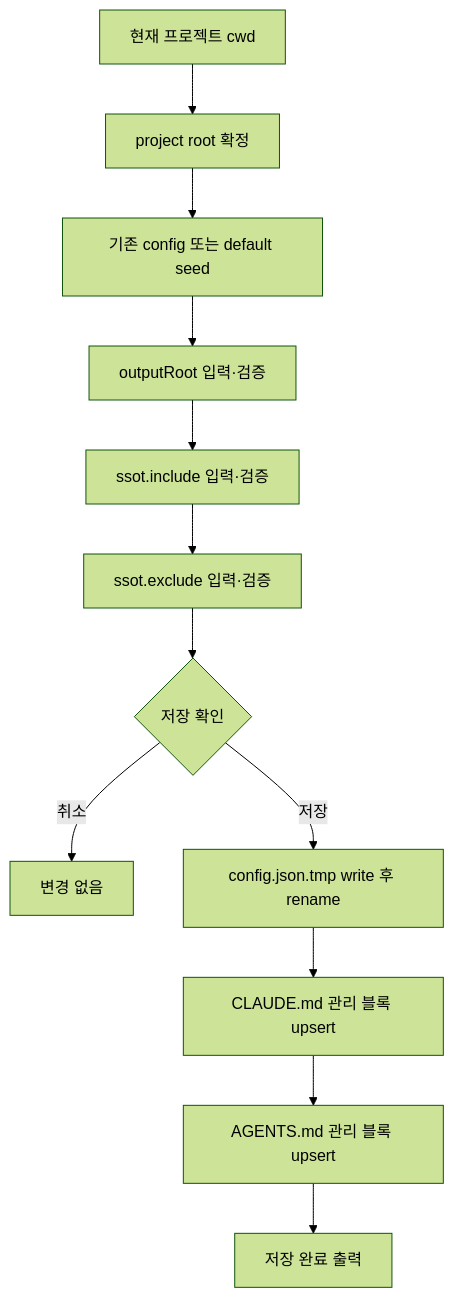
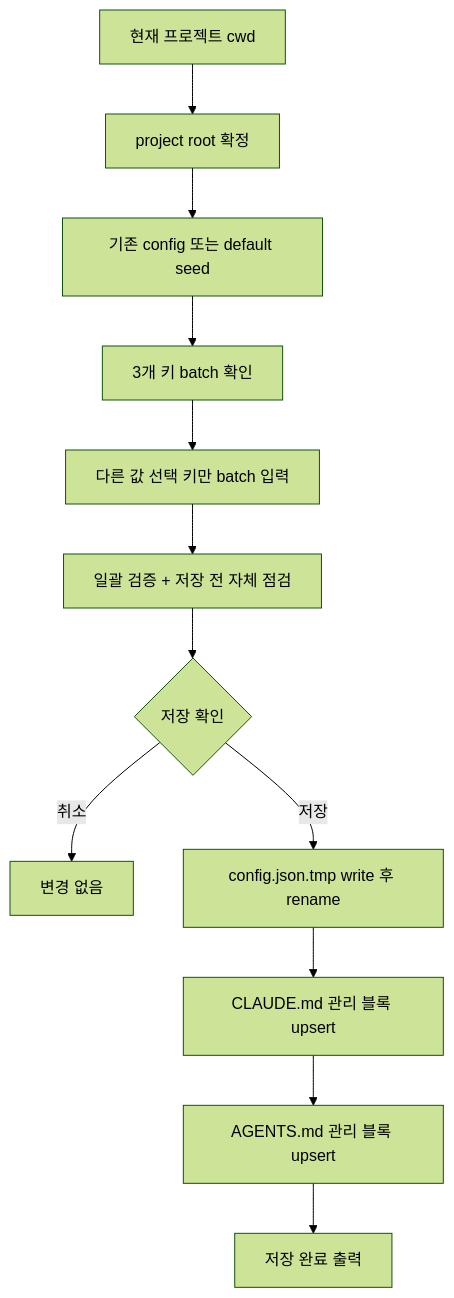
Before and after one commit to inkwonjung-colosseum/plugins: the first of 3 diagrams in product-team-kit/docs/skills-workflow-detail.md, drawn with Mermaid (forest theme). The commit also changed other lines of this file and 19 other files, not shown here.

````diff
--- a/product-team-kit/docs/skills-workflow-detail.md
+++ b/product-team-kit/docs/skills-workflow-detail.md
@@ -11,14 +11,14 @@
 ```mermaid
 flowchart TD
     A[현재 프로젝트 cwd] --> B[project root 확정]
     B --> C[기존 config 또는 default seed]
-    C --> D[outputRoot 입력·검증]
-    D --> E[ssot.include 입력·검증]
-    E --> F[ssot.exclude 입력·검증]
+    C --> D[3개 키 batch 확인]
+    D --> E[다른 값 선택 키만 batch 입력]
+    E --> F[일괄 검증 + 저장 전 자체 점검]
     F --> G{저장 확인}
     G -- 취소 --> X[변경 없음]
     G -- 저장 --> H[config.json.tmp write 후 rename]
     H --> I[CLAUDE.md 관리 블록 upsert]
     I --> J[AGENTS.md 관리 블록 upsert]
     J --> K[저장 완료 출력]
 ```
````
